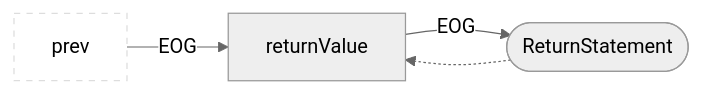
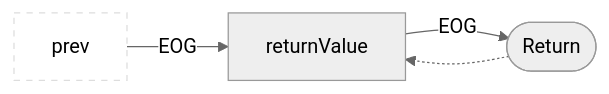
Before and after one commit to Fraunhofer-AISEC/cpg: diagram 12 of 49 in docs/docs/CPG/specs/eog.md, drawn with Mermaid (neutral theme). The commit also changed other lines of this file and 99 other files, not shown here.

````diff
--- a/docs/docs/CPG/specs/eog.md
+++ b/docs/docs/CPG/specs/eog.md
@@ -249,7 +249,7 @@
 ```mermaid
 flowchart LR
   classDef outer fill:#fff,stroke:#ddd,stroke-dasharray:5 5;
   prev:::outer --EOG--> child
-  child["returnValue"] --EOG--> parent(["ReturnStatement"])
+  child["returnValue"] --EOG--> parent(["Return"])
   parent -.-> child
 ```
````
